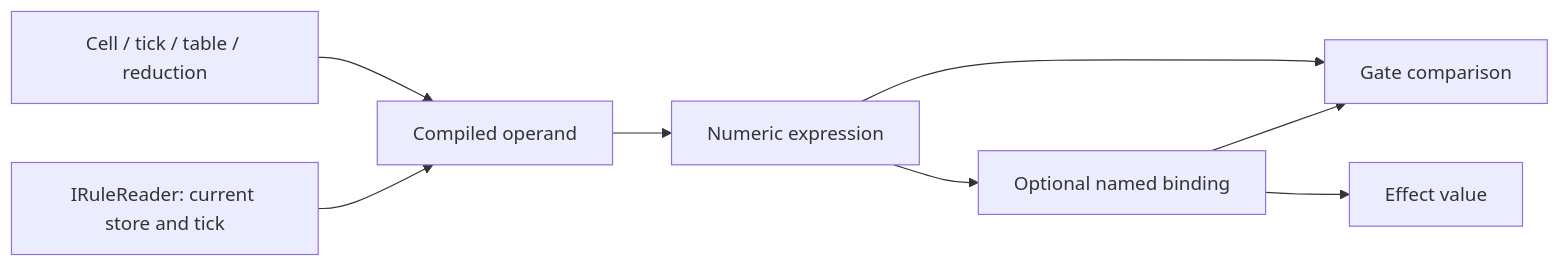
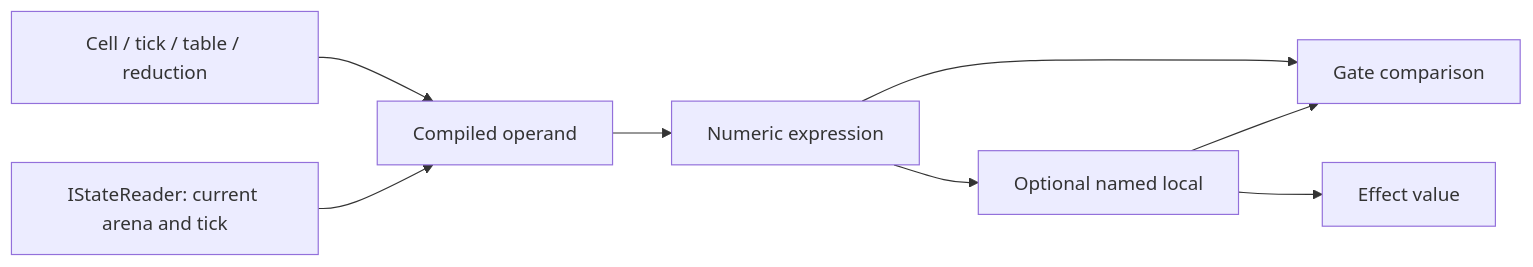
The diagram in docs/reference/state/expressions.md (ByteTerrace/Puck), drawn with Mermaid before and after one commit. The commit also changed other lines of this file and 1500 other files, not shown here.

````diff
--- a/docs/reference/state/expressions.md
+++ b/docs/reference/state/expressions.md
@@ -11,10 +11,10 @@
 ```mermaid
 flowchart LR
     Source["Cell / tick / table / reduction"] --> Fact["Compiled operand"]
-    Reader["IRuleReader: current store and tick"] --> Fact
+    Reader["IStateReader: current arena and tick"] --> Fact
     Fact --> Expr["Numeric expression"]
-    Expr --> Binding["Optional named binding"]
+    Expr --> Local["Optional named local"]
     Expr --> Gate["Gate comparison"]
-    Binding --> Gate
-    Binding --> Effect["Effect value"]
+    Local --> Gate
+    Local --> Effect["Effect value"]
 ```
````
